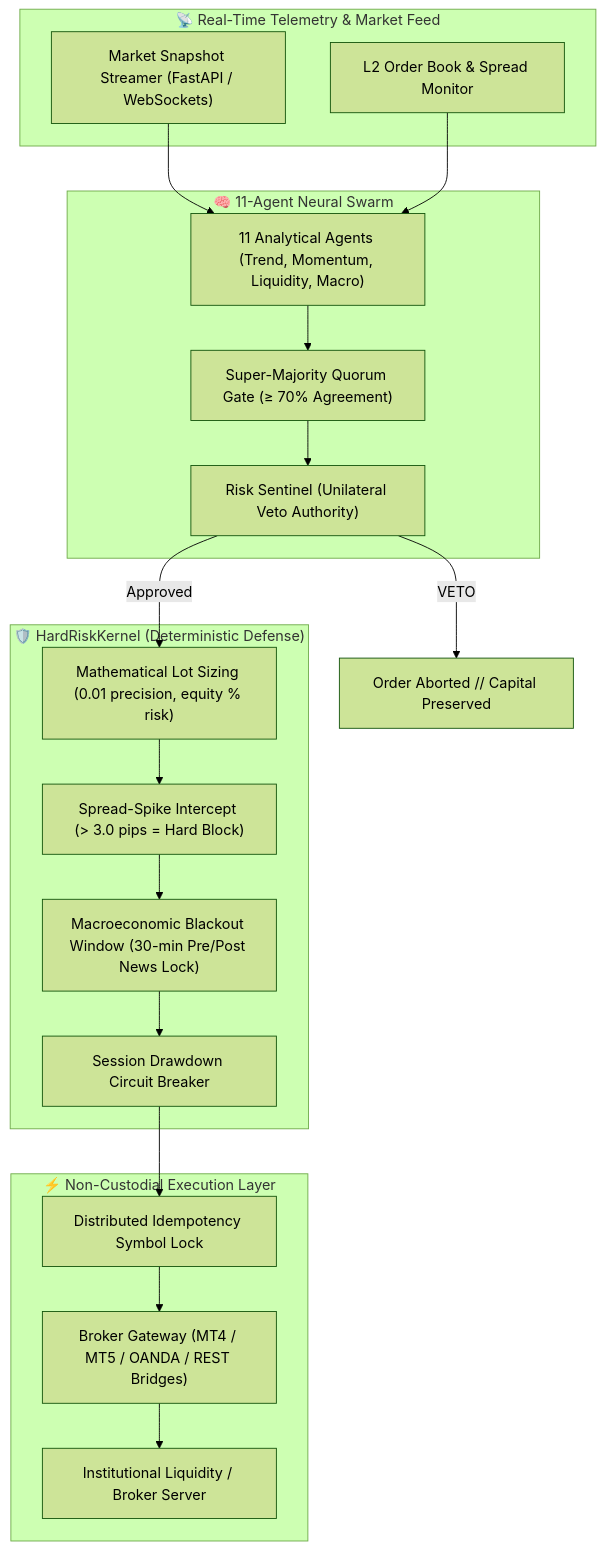
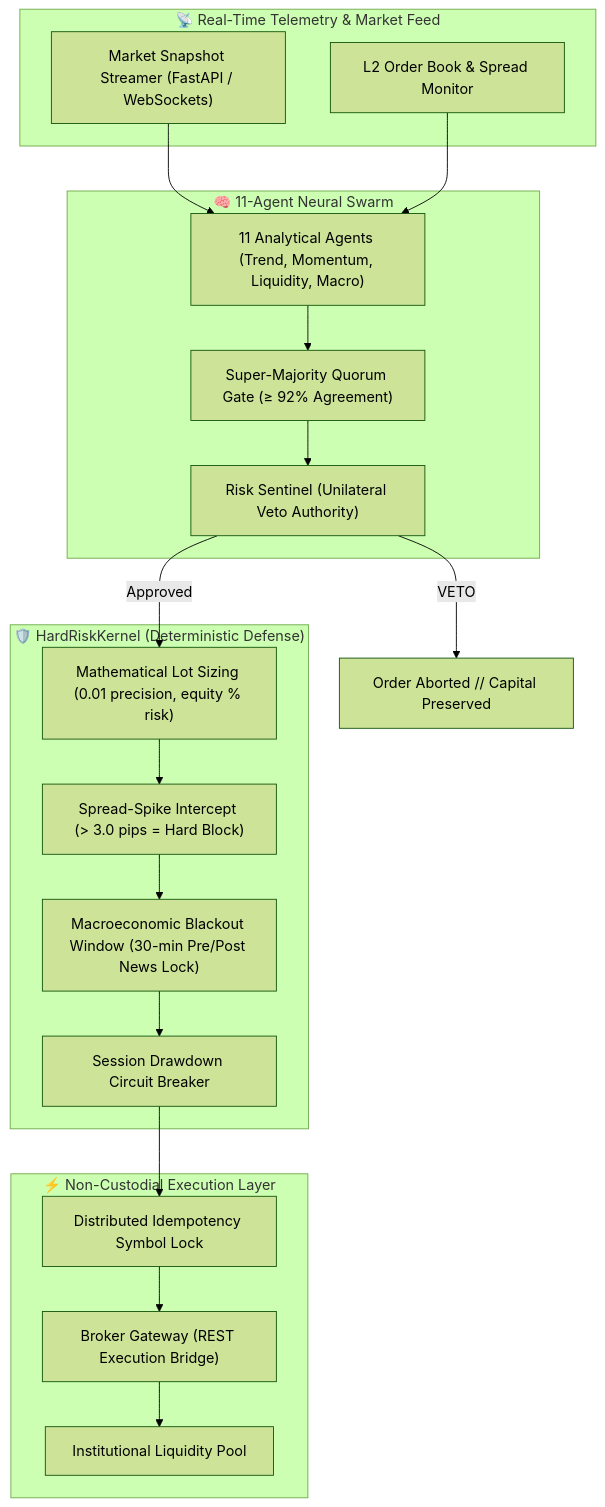
Before and after one commit to amazing200guy1-a11y/fintech-backend-showcase: the diagram in README.md, drawn with Mermaid (forest theme). The commit also changed other lines of this file and 1 other file, not shown here.

````diff
--- a/README.md
+++ b/README.md
@@ -15,39 +17,39 @@
 ```mermaid
 flowchart TD
     subgraph Ingestion ["📡 Real-Time Telemetry & Market Feed"]
         TICK["Market Snapshot Streamer (FastAPI / WebSockets)"]
         BOOK["L2 Order Book & Spread Monitor"]
     end
 
     subgraph Consensus ["🧠 11-Agent Neural Swarm"]
         SWARM["11 Analytical Agents (Trend, Momentum, Liquidity, Macro)"]
-        VOTE["Super-Majority Quorum Gate (≥ 70% Agreement)"]
+        VOTE["Super-Majority Quorum Gate (≥ 92% Agreement)"]
         SENTINEL["Risk Sentinel (Unilateral Veto Authority)"]
     end
 
     subgraph Defense ["🛡️ HardRiskKernel (Deterministic Defense)"]
         LOT["Mathematical Lot Sizing (0.01 precision, equity % risk)"]
         SPREAD["Spread-Spike Intercept (> 3.0 pips = Hard Block)"]
         NEWS["Macroeconomic Blackout Window (30-min Pre/Post News Lock)"]
         DD["Session Drawdown Circuit Breaker"]
     end
 
     subgraph Execution ["⚡ Non-Custodial Execution Layer"]
         LOCK["Distributed Idempotency Symbol Lock"]
-        GATEWAY["Broker Gateway (MT4 / MT5 / OANDA / REST Bridges)"]
-        BROKER["Institutional Liquidity / Broker Server"]
+        GATEWAY["Broker Gateway (REST Execution Bridge)"]
+        BROKER["Institutional Liquidity Pool"]
     end
 
     TICK --> SWARM
     BOOK --> SWARM
     SWARM --> VOTE
     VOTE --> SENTINEL
     SENTINEL -->|Approved| LOT
     SENTINEL -->|VETO| KILLED[Order Aborted // Capital Preserved]
     LOT --> SPREAD
     SPREAD --> NEWS
     NEWS --> DD
     DD --> LOCK
     LOCK --> GATEWAY
     GATEWAY --> BROKER
 ```
````
